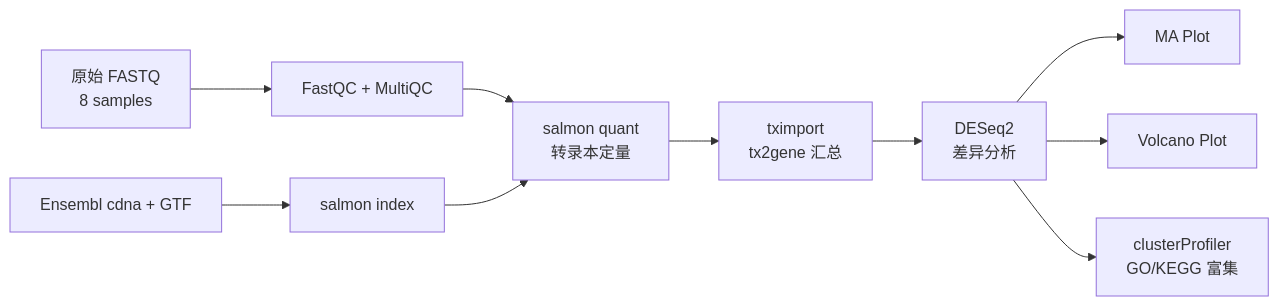
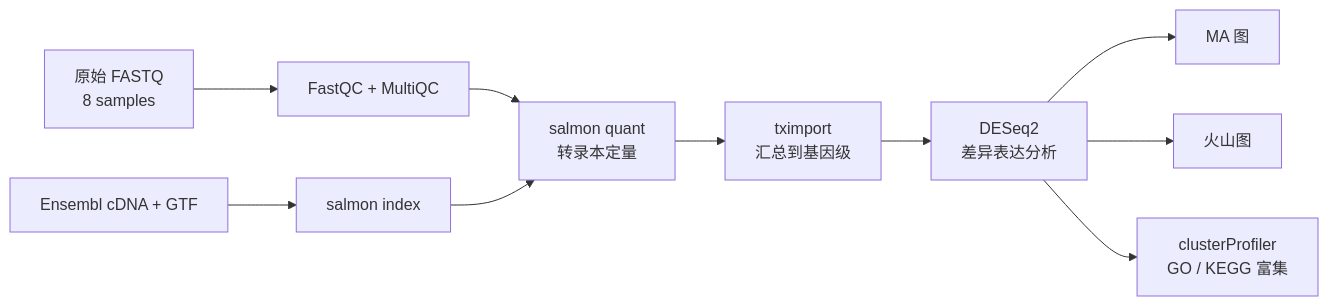
The diagram in README.md (lqz123456-a/rnaseq-project), drawn with Mermaid before and after one commit. The commit also changed other lines of this file and 10 other files, not shown here.

````diff
--- a/README.md
+++ b/README.md
@@ -18,12 +21,12 @@
 ```mermaid
 graph LR
     A[原始 FASTQ<br>8 samples] --> B[FastQC + MultiQC]
     B --> C[salmon quant<br>转录本定量]
-    D[Ensembl cdna + GTF] --> E[salmon index]
+    D[Ensembl cDNA + GTF] --> E[salmon index]
     E --> C
-    C --> F[tximport<br>tx2gene 汇总]
-    F --> G[DESeq2<br>差异分析]
-    G --> H[MA Plot]
-    G --> I[Volcano Plot]
-    G --> J[clusterProfiler<br>GO/KEGG 富集]
+    C --> F[tximport<br>汇总到基因级]
+    F --> G[DESeq2<br>差异表达分析]
+    G --> H[MA 图]
+    G --> I[火山图]
+    G --> J[clusterProfiler<br>GO / KEGG 富集]
 ```
````
